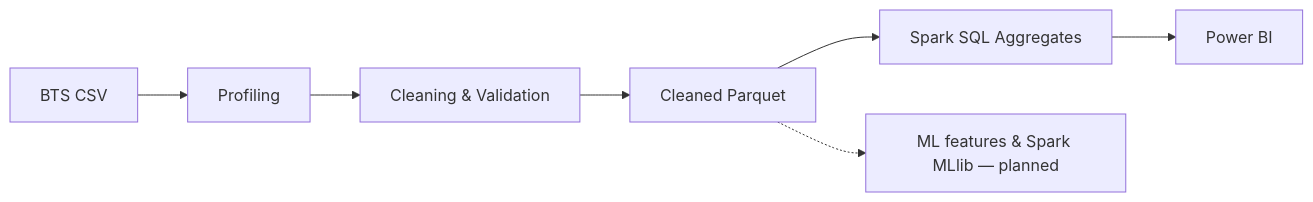
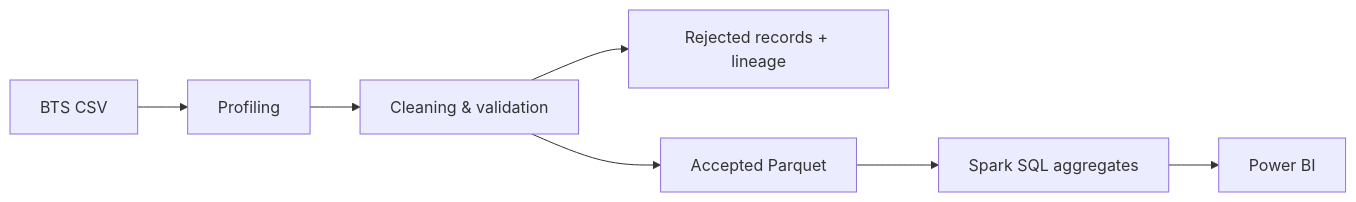
One commit to NTS051205/Airline_operations_analytics changed the diagram in README.md. Above: the diagram before and after it, drawn with Mermaid. The commit also changed other lines of this file and 3 other files, not shown here.

````diff
--- a/README.md
+++ b/README.md
@@ -39,9 +146,9 @@
-~~~mermaid
+```mermaid
 flowchart LR
     A["BTS CSV"] --> B["Profiling"]
-    B --> C["Cleaning & Validation"]
-    C --> D["Cleaned Parquet"]
-    D --> E["Spark SQL Aggregates"]
+    B --> C["Cleaning & validation"]
+    C --> R["Rejected records + lineage"]
+    C --> D["Accepted Parquet"]
+    D --> E["Spark SQL aggregates"]
     E --> F["Power BI"]
-    D -.-> G["ML features & Spark MLlib — planned"]
-~~~
+```
````
